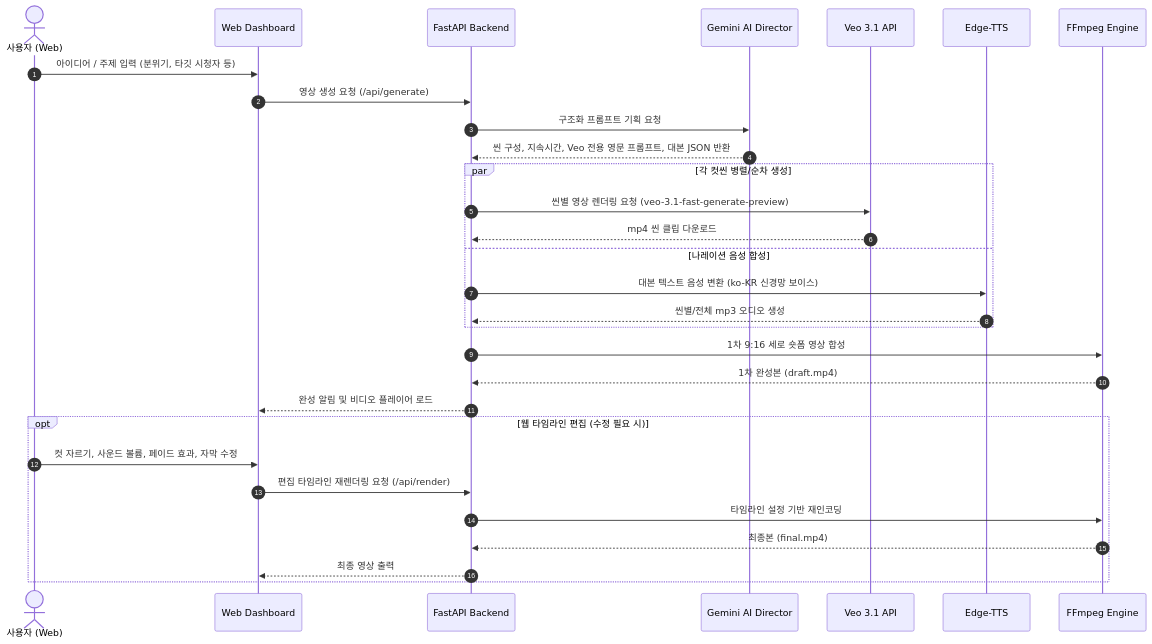
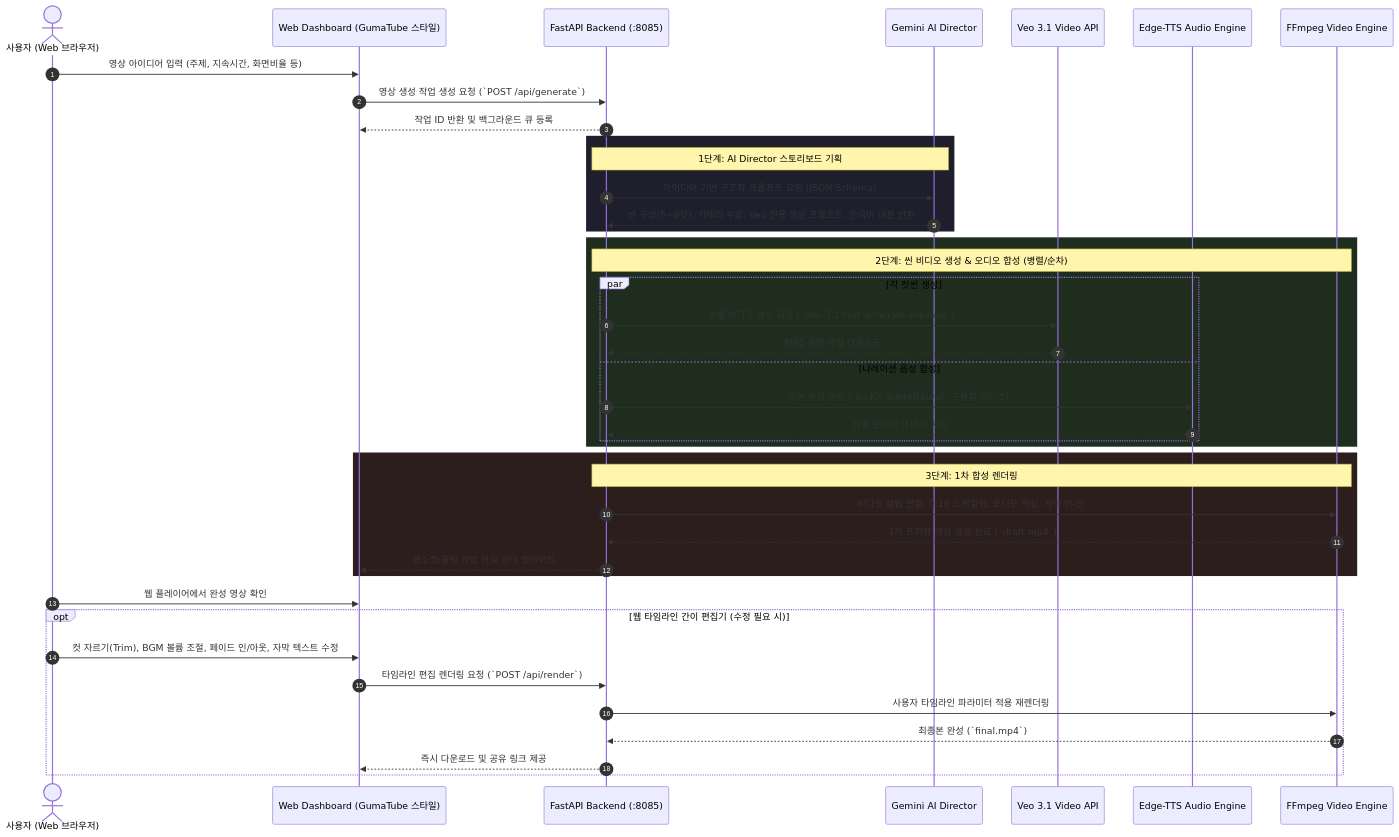
Before and after one commit to guma3d/TheGumaLab: the second of 2 diagrams in GumaVideoFactory/README.md, drawn with Mermaid. The commit also changed other lines of this file and 154 other files, not shown here.

Commit message:
(Gram) feat: remove deprecated services and deploy GumaVideoFactory service

````diff
--- a/GumaVideoFactory/README.md
+++ b/GumaVideoFactory/README.md
@@ -58,36 +74,49 @@
 ```mermaid
 sequenceDiagram
     autonumber
-    actor User as 사용자 (Web)
-    participant Web as Web Dashboard
-    participant API as FastAPI Backend
+    actor User as 사용자 (Web 브라우저)
+    participant Web as Web Dashboard (GumaTube 스타일)
+    participant API as FastAPI Backend (:8085)
     participant Gemini as Gemini AI Director
-    participant Veo as Veo 3.1 API
-    participant TTS as Edge-TTS
-    participant FFmpeg as FFmpeg Engine
+    participant Veo as Veo 3.1 Video API
+    participant TTS as Edge-TTS Audio Engine
+    participant FFmpeg as FFmpeg Video Engine
 
-    User->>Web: 아이디어 / 주제 입력 (분위기, 타깃 시청자 등)
-    Web->>API: 영상 생성 요청 (/api/generate)
-    API->>Gemini: 구조화 프롬프트 기획 요청
-    Gemini-->>API: 씬 구성, 지속시간, Veo 전용 영문 프롬프트, 대본 JSON 반환
+    User->>Web: 영상 아이디어 입력 (주제, 지속시간, 화면비율 등)
+    Web->>API: 영상 생성 작업 생성 요청 (`POST /api/generate`)
+    API-->>Web: 작업 ID 반환 및 백그라운드 큐 등록
     
-    par 각 컷씬 병렬/순차 생성
-        API->>Veo: 씬별 영상 렌더링 요청 (veo-3.1-fast-generate-preview)
-        Veo-->>API: mp4 씬 클립 다운로드
-    and 나레이션 음성 합성
-        API->>TTS: 대본 텍스트 음성 변환 (ko-KR 신경망 보이스)
-        TTS-->>API: 씬별/전체 mp3 오디오 생성
+    rect rgb(30, 30, 45)
+        Note over API, Gemini: 1단계: AI Director 스토리보드 기획
+        API->>Gemini: 아이디어 기반 구조화 프롬프트 요청 (JSON Schema)
+        Gemini-->>API: 씬 구성(5~8컷), 카메라 무빙, Veo 전용 영문 프롬프트, 한국어 대본 반환
     end
 
-    API->>FFmpeg: 1차 9:16 세로 숏폼 영상 합성
-    FFmpeg-->>API: 1차 완성본 (draft.mp4)
-    API-->>Web: 완성 알림 및 비디오 플레이어 로드
+    rect rgb(30, 45, 30)
+        Note over API, FFmpeg: 2단계: 씬 비디오 생성 & 오디오 합성 (병렬/순차)
+        par 각 컷씬 생성
+            API->>Veo: 컷별 비디오 생성 요청 (`veo-3.1-fast-generate-preview`)
+            Veo-->>API: MP4 클립 파일 다운로드
+        and 나레이션 음성 합성
+            API->>TTS: 대본 음성 변환 (`ko-KR-SunHiNeural` 고품질 보이스)
+            TTS-->>API: 씬별 오디오 (MP3) 저장
+        end
+    end
 
-    opt 웹 타임라인 편집 (수정 필요 시)
-        User->>Web: 컷 자르기, 사운드 볼륨, 페이드 효과, 자막 수정
-        Web->>API: 편집 타임라인 재렌더링 요청 (/api/render)
-        API->>FFmpeg: 타임라인 설정 기반 재인코딩
-        FFmpeg-->>API: 최종본 (final.mp4)
-        API-->>Web: 최종 영상 출력
+    rect rgb(45, 30, 30)
+        Note over API, FFmpeg: 3단계: 1차 합성 렌더링
+        API->>FFmpeg: 비디오 클립 연결, 9:16 스케일링, 오디오 믹싱, 자막 번-인
+        FFmpeg-->>API: 1차 프리뷰 영상 생성 완료 (`draft.mp4`)
+        API-->>Web: 웹소켓/폴링 작업 완료 상태 업데이트
+    end
+
+    User->>Web: 웹 플레이어에서 완성 영상 확인
+    
+    opt 웹 타임라인 간이 편집기 (수정 필요 시)
+        User->>Web: 컷 자르기(Trim), BGM 볼륨 조절, 페이드 인/아웃, 자막 텍스트 수정
+        Web->>API: 타임라인 편집 렌더링 요청 (`POST /api/render`)
+        API->>FFmpeg: 사용자 타임라인 파라미터 적용 재렌더링
+        FFmpeg-->>API: 최종본 완성 (`final.mp4`)
+        API-->>Web: 즉시 다운로드 및 공유 링크 제공
     end
 ```
````
